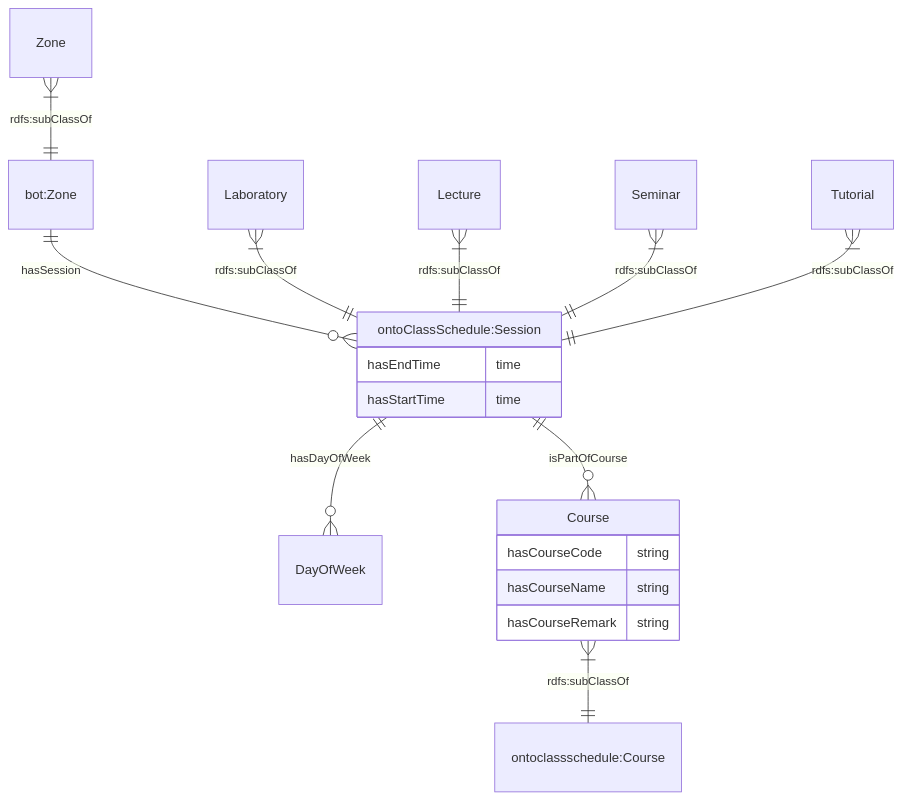
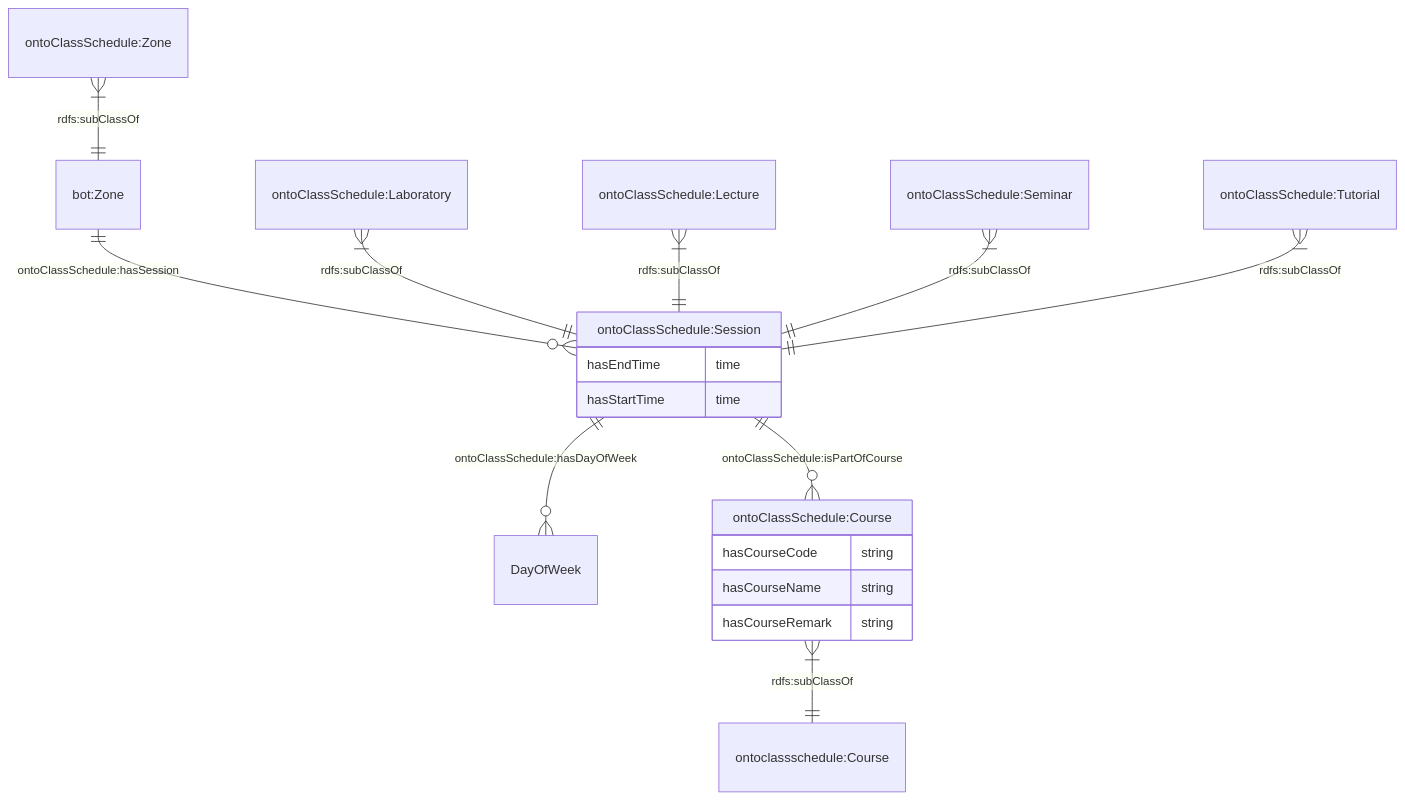
One commit to cambridge-cares/TheWorldAvatar changed the diagram in JPS_Ontology/ontology/ontoclassschedule/README.MD. Above: the diagram before and after it, drawn with Mermaid.

Commit message:
1669-dev-ntuinstantiationagent: Added prefixes for the concepts under ontoClassSchedule

````diff
--- a/JPS_Ontology/ontology/ontoclassschedule/README.MD
+++ b/JPS_Ontology/ontology/ontoclassschedule/README.MD
@@ -25,45 +25,45 @@
 ```mermaid
 erDiagram
 
-"ontoClassSchedule:Session"  ||--o{  DayOfWeek  : hasDayOfWeek
+"ontoClassSchedule:Session"  ||--o{  DayOfWeek  : "ontoClassSchedule:hasDayOfWeek"
 
-"bot:Zone"  ||--o{  "ontoClassSchedule:Session"  : hasSession
+"bot:Zone"  ||--o{  "ontoClassSchedule:Session"  : "ontoClassSchedule:hasSession"
 
-"ontoClassSchedule:Session"  ||--o{  Course  : isPartOfCourse
+"ontoClassSchedule:Session"  ||--o{  "ontoClassSchedule:Course"  : "ontoClassSchedule:isPartOfCourse"
 
   
 
-Course  {
+"ontoClassSchedule:Course"  {
 
 hasCourseCode string
 
 hasCourseName string
 
 hasCourseRemark string
 
 }
 
   
 
 "ontoClassSchedule:Session"  {
 
 hasEndTime time
 
 hasStartTime time
 
 }
 
   
 
-Zone  }|--||  "bot:Zone"  : "rdfs:subClassOf"
+"ontoClassSchedule:Zone"  }|--||  "bot:Zone"  : "rdfs:subClassOf"
 
-Course  }|--||  "ontoclassschedule:Course"  : "rdfs:subClassOf"
+"ontoClassSchedule:Course"  }|--||  "ontoclassschedule:Course"  : "rdfs:subClassOf"
 
-Laboratory  }|--||  "ontoClassSchedule:Session"  : "rdfs:subClassOf"
+"ontoClassSchedule:Laboratory"  }|--||  "ontoClassSchedule:Session"  : "rdfs:subClassOf"
 
-Lecture  }|--||  "ontoClassSchedule:Session"  : "rdfs:subClassOf"
+"ontoClassSchedule:Lecture"  }|--||  "ontoClassSchedule:Session"  : "rdfs:subClassOf"
 
-Seminar  }|--||  "ontoClassSchedule:Session"  : "rdfs:subClassOf"
+"ontoClassSchedule:Seminar"  }|--||  "ontoClassSchedule:Session"  : "rdfs:subClassOf"
 
-Tutorial  }|--||  "ontoClassSchedule:Session"  : "rdfs:subClassOf"
+"ontoClassSchedule:Tutorial"  }|--||  "ontoClassSchedule:Session"  : "rdfs:subClassOf"
 ```
````
